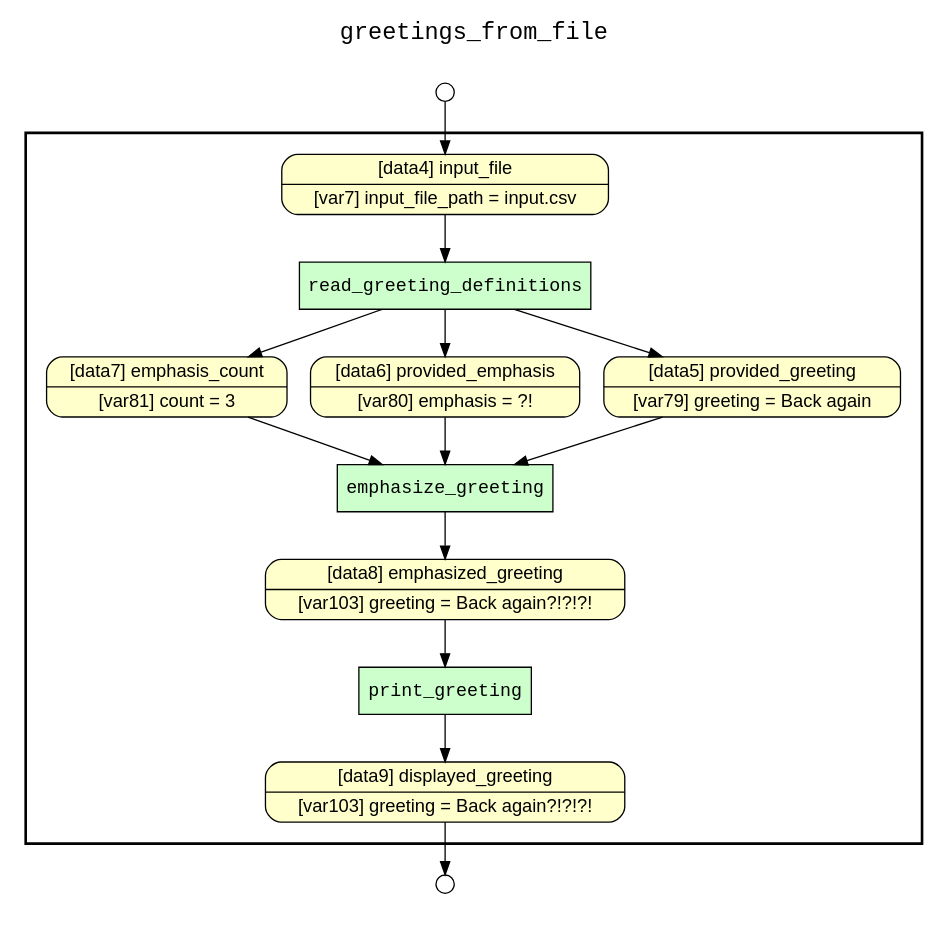
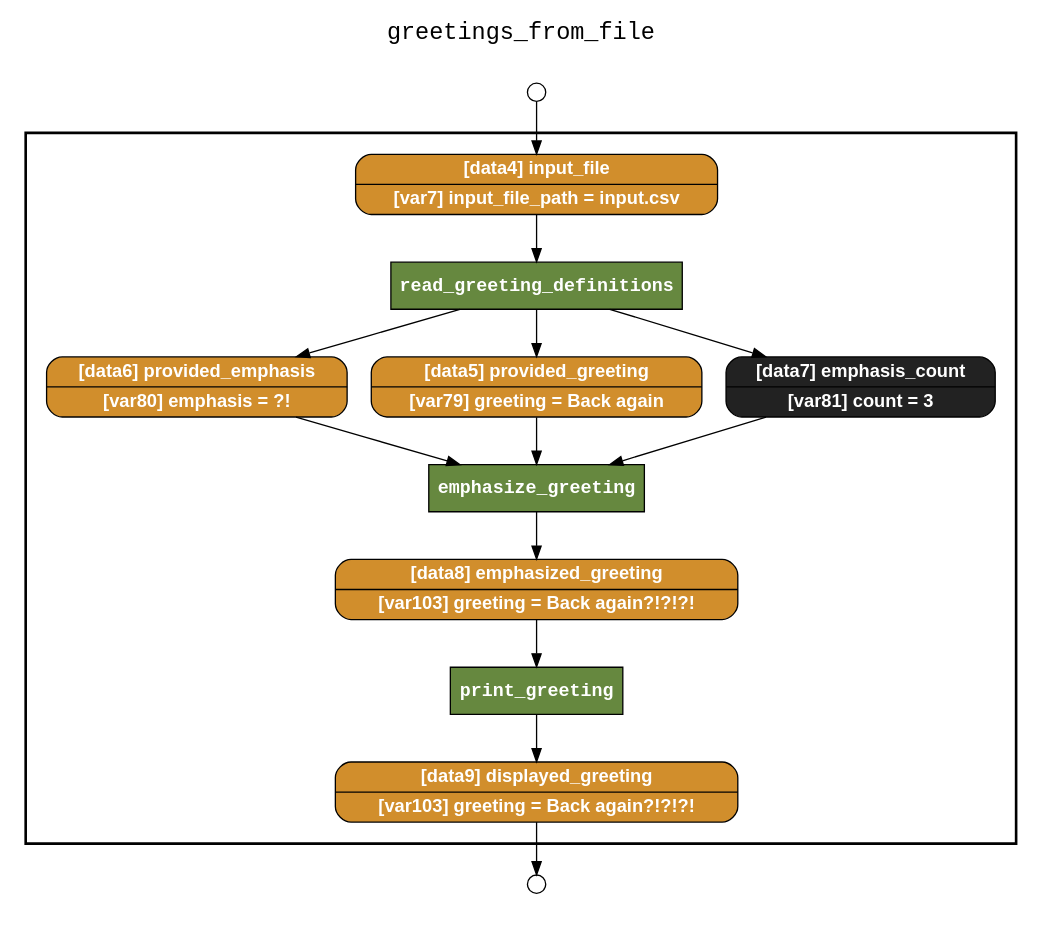
One commit to yesworkflow-org/yw-noworkflow changed the diagram in examples/06_greeting_from_file/yw_nw_retrospective_lineage.gv. Above: the diagram before and after it, drawn with Graphviz. The commit also changed 27 other files, not shown here.

Commit message:
New graphviz style for retrospective lineage graph.

```diff
--- a/examples/06_greeting_from_file/yw_nw_retrospective_lineage.gv
+++ b/examples/06_greeting_from_file/yw_nw_retrospective_lineage.gv
@@ -1,43 +1,44 @@
 
 digraph yw_data_view {
 rankdir=TB
 fontname=Courier; fontsize=18; labelloc=t
 label="greetings_from_file"
 subgraph cluster_workflow { label=""; color=black; penwidth=2
 subgraph cluster_workflow_inner { label=""; color=white
-node[shape=box style="filled" fillcolor="#CCFFCC" peripheries=1 fontname=Courier]
+node[shape=box style=filled fillcolor="#66883F" peripheries=1 fontname="Courier-Bold" fontcolor=white]
 emphasize_greeting
 read_greeting_definitions
 print_greeting
 node[shape=box style="filled" fillcolor="#CCFFCC" peripheries=1 fontname=Courier]
-node[shape=box style="rounded,filled" fillcolor="#FFFFCC" peripheries=1 fontname=Helvetica]
+node[shape=box style="rounded,filled" fillcolor="#D18E2C" peripheries=1 fontname="Helvetica-Bold"]
 emphasized_greeting [shape=record rankdir=LR label="{<f0> [data8] emphasized_greeting |<f1> [var103] greeting = Back again?!?!?!}"]
 displayed_greeting [shape=record rankdir=LR label="{<f0> [data9] displayed_greeting |<f1> [var103] greeting = Back again?!?!?!}"]
-emphasis_count [shape=record rankdir=LR label="{<f0> [data7] emphasis_count |<f1> [var81] count = 3}"]
 provided_emphasis [shape=record rankdir=LR label="{<f0> [data6] provided_emphasis |<f1> [var80] emphasis = ?!}"]
 provided_greeting [shape=record rankdir=LR label="{<f0> [data5] provided_greeting |<f1> [var79] greeting = Back again}"]
 input_file [shape=record rankdir=LR label="{<f0> [data4] input_file |<f1> [var7] input_file_path = input.csv}"]
+node[shape=box style="rounded,filled" fillcolor="#222222" peripheries=1 fontname="Helvetica-Bold"]
+emphasis_count [shape=record rankdir=LR label="{<f0> [data7] emphasis_count |<f1> [var81] count = 3}"]
 }}
 subgraph cluster_inflows { label=""; color=white; penwidth=2
 subgraph cluster_inflows_inner { label=""; color=white
 node[shape=circle fillcolor="#FFFFFF" peripheries=1 width=0.2]
 input_file_inflow [label=""]
 }}
 subgraph cluster_outflows { label=""; color=white; penwidth=2
 subgraph cluster_outflows_inner { label=""; color=white
 node[shape=circle fillcolor="#FFFFFF" peripheries=1 width=0.2]
 displayed_greeting_outflow [label=""]
 }}
 emphasized_greeting -> print_greeting
 emphasis_count -> emphasize_greeting
 provided_emphasis -> emphasize_greeting
 provided_greeting -> emphasize_greeting
 input_file -> read_greeting_definitions
 read_greeting_definitions -> provided_greeting
 read_greeting_definitions -> provided_emphasis
 read_greeting_definitions -> emphasis_count
 emphasize_greeting -> emphasized_greeting
 print_greeting -> displayed_greeting
 input_file_inflow -> input_file
 displayed_greeting -> displayed_greeting_outflow
 }
```
